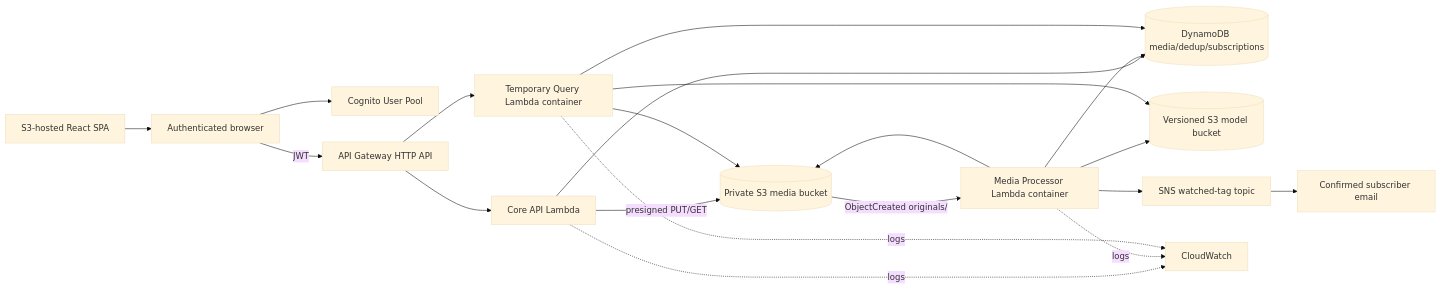
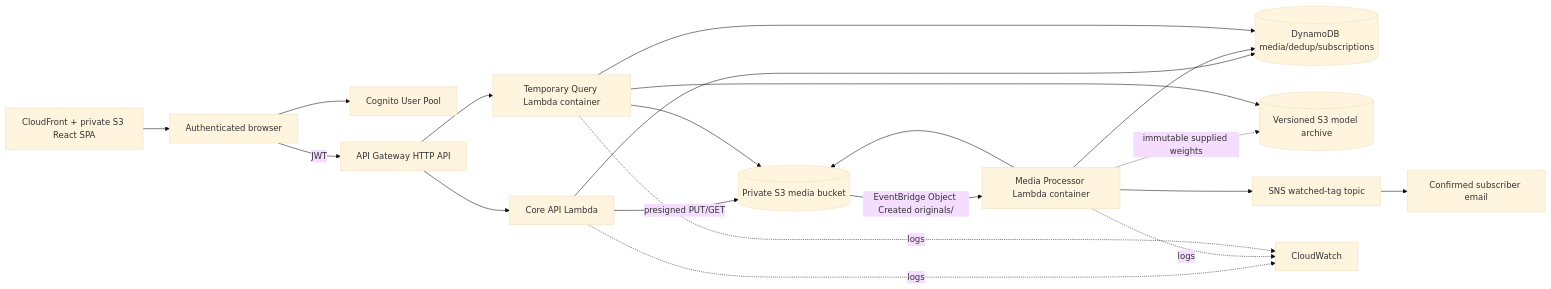
One commit to weiwei0618seu/FIT5225_assignment2_PacificBioArchive-Prototype changed the diagram in docs/ARCHITECTURE.md. Above: the diagram before and after it, drawn with Mermaid (base theme). The commit also changed other lines of this file and 22 other files, not shown here.

````diff
--- a/docs/ARCHITECTURE.md
+++ b/docs/ARCHITECTURE.md
@@ -5,22 +5,22 @@
 ```mermaid
 flowchart LR
   U[Authenticated browser] --> C[Cognito User Pool]
   U -->|JWT| A[API Gateway HTTP API]
   A --> L[Core API Lambda]
   L --> D[(DynamoDB media/dedup/subscriptions)]
   L -->|presigned PUT/GET| S[(Private S3 media bucket)]
-  S -->|ObjectCreated originals/| P[Media Processor Lambda container]
-  P --> M[(Versioned S3 model bucket)]
+  S -->|EventBridge Object Created originals/| P[Media Processor Lambda container]
+  P -. immutable supplied weights .-> M[(Versioned S3 model archive)]
   P --> S
   P --> D
   P --> N[SNS watched-tag topic]
   A --> Q[Temporary Query Lambda container]
   Q --> M
   Q --> S
   Q --> D
   N --> E[Confirmed subscriber email]
-  W[S3-hosted React SPA] --> U
+  W[CloudFront + private S3 React SPA] --> U
   L -. logs .-> CW[CloudWatch]
   P -. logs .-> CW
   Q -. logs .-> CW
 ```
````
